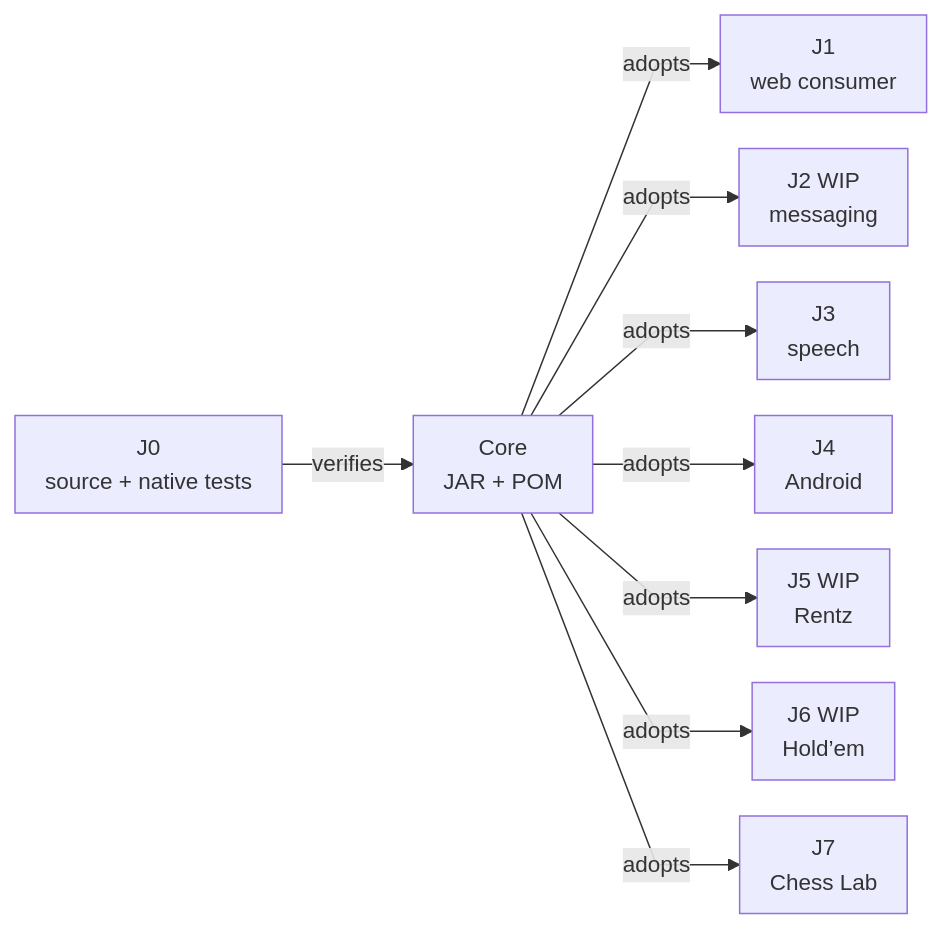
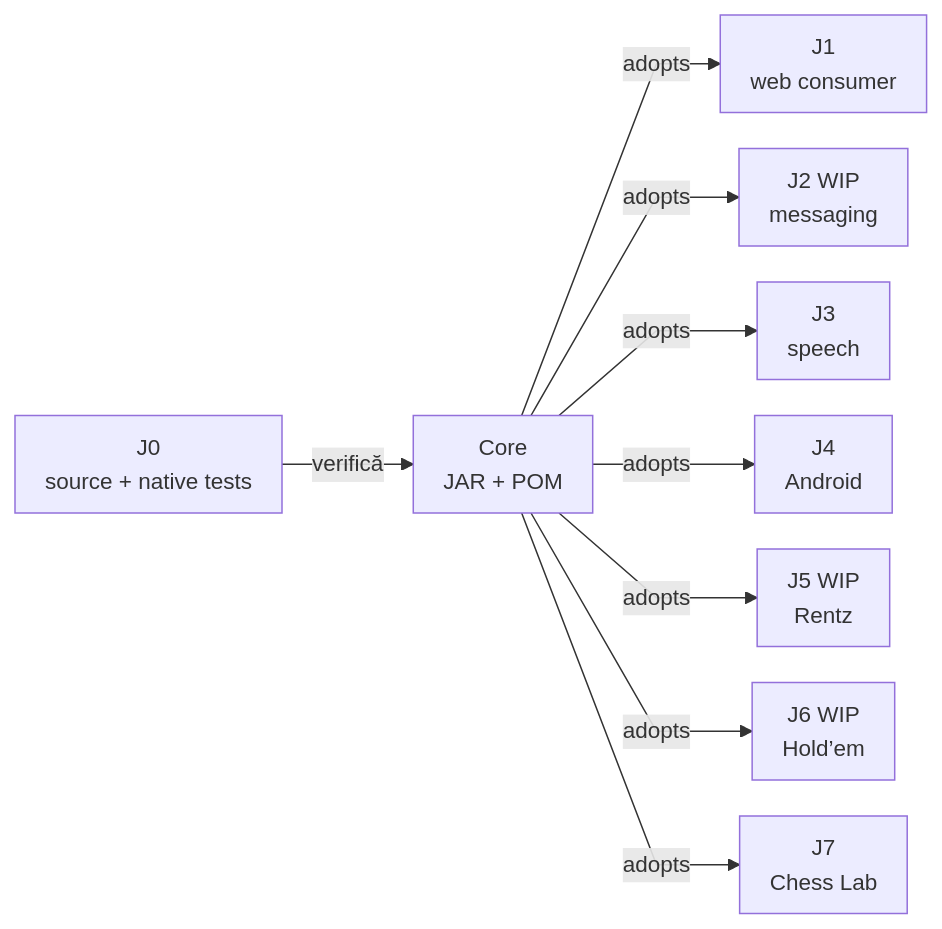
The diagram in docs/ATF_Core_Consumer.md (crististefanita/atf_j0), drawn with Mermaid before and after one commit. The commit also changed other lines of this file and 113 other files, not shown here.

````diff
--- a/docs/ATF_Core_Consumer.md
+++ b/docs/ATF_Core_Consumer.md
@@ -49,12 +57,12 @@
 ```mermaid
 %%{init: {"themeVariables":{"fontSize":"15px"},"themeCSS":".nodeLabel, .nodeLabel p { font-size: 15px !important; line-height: 1.35 !important; } .edgeLabel, .edgeLabel p { font-size: 12px !important; font-weight: 400 !important; line-height: 1.2 !important; } .edgeLabel .labelBkg, .edgeLabel p { background: transparent !important; } .edgeLabel foreignObject { transform: translateY(-18px); overflow: visible; } .node rect { rx: 6px; ry: 6px; }","flowchart":{"curve":"linear","nodeSpacing":24,"rankSpacing":40,"padding":10,"diagramPadding":16}}}%%
 flowchart LR
-    Owner["J0<br/>source + native tests"] -->|verifies| Binary["Core<br/>JAR + POM"]
+    Owner["J0<br/>source + native tests"] -->|verifică| Binary["Core<br/>JAR + POM"]
     Binary -->|adopts| J1["J1<br/>web consumer"]
     Binary -->|adopts| J2["J2 WIP<br/>messaging"]
     Binary -->|adopts| J3["J3<br/>speech"]
     Binary -->|adopts| J4["J4<br/>Android"]
     Binary -->|adopts| J5["J5 WIP<br/>Rentz"]
     Binary -->|adopts| J6["J6 WIP<br/>Hold’em"]
     Binary -->|adopts| J7["J7<br/>Chess Lab"]
 ```
````
